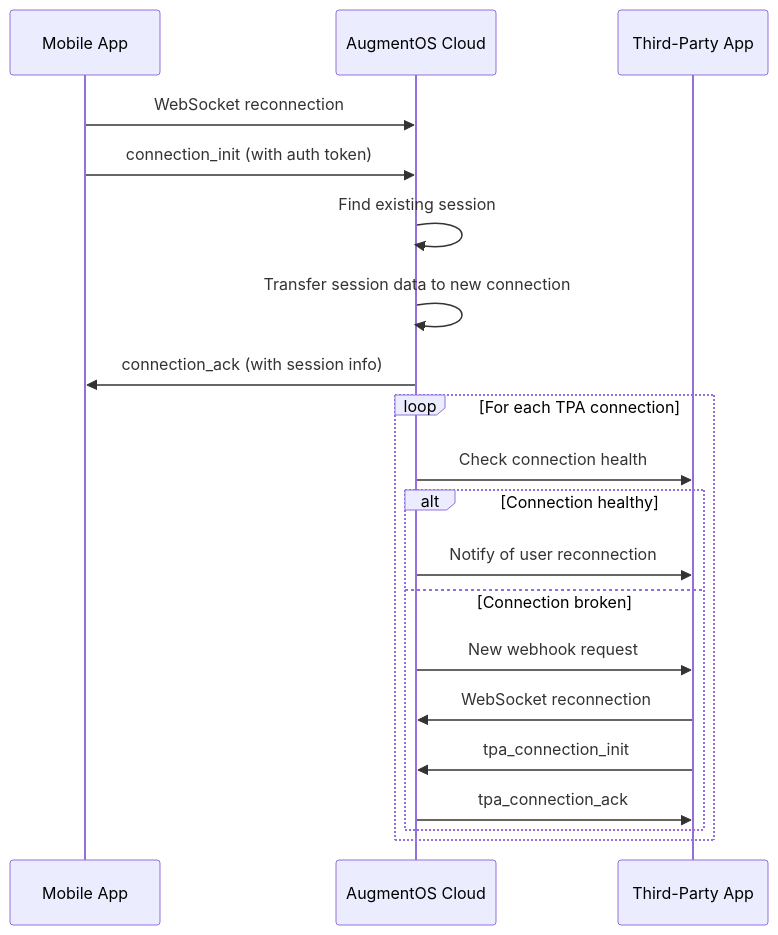
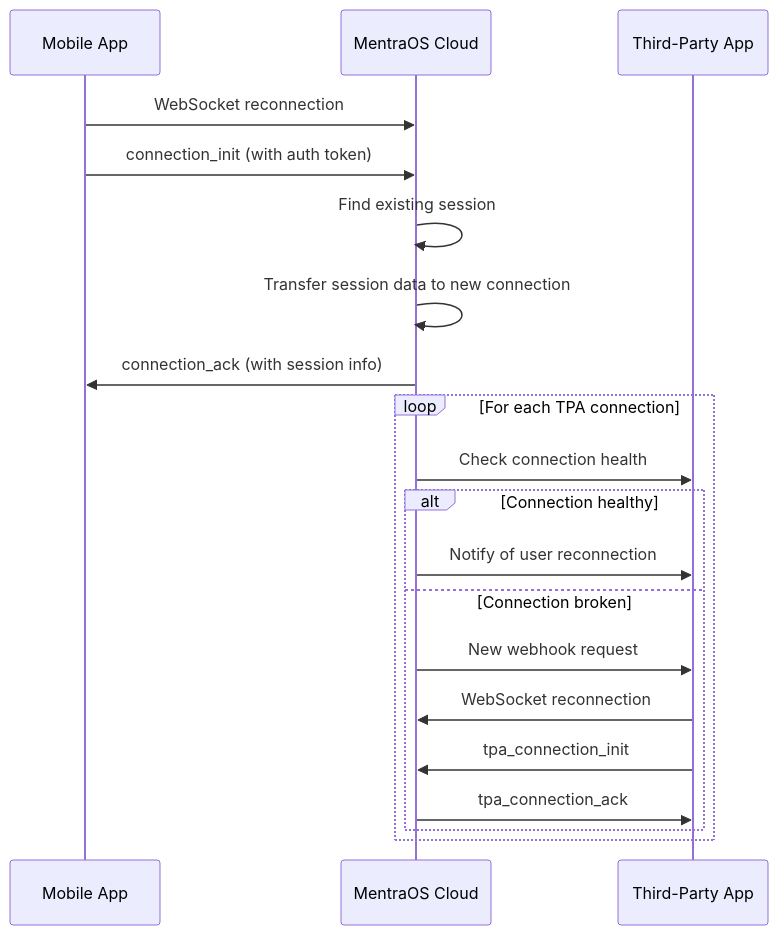
Before and after one commit to ebowwa/MentraOS: the third of 4 diagrams in augmentos_cloud/docs/1. SYSTEM-ARCHITECTURE.md, drawn with Mermaid. The commit also changed other lines of this file and 200 other files, not shown here.

````diff
--- a/augmentos_cloud/docs/1. SYSTEM-ARCHITECTURE.md
+++ b/augmentos_cloud/docs/1. SYSTEM-ARCHITECTURE.md
@@ -185,24 +185,24 @@
 ```mermaid
 sequenceDiagram
     participant Phone as Mobile App
-    participant Cloud as AugmentOS Cloud
+    participant Cloud as MentraOS Cloud
     participant TPA as Third-Party App
-    
+
     Phone->>Cloud: WebSocket reconnection
     Phone->>Cloud: connection_init (with auth token)
     Cloud->>Cloud: Find existing session
     Cloud->>Cloud: Transfer session data to new connection
     Cloud->>Phone: connection_ack (with session info)
-    
+
     loop For each TPA connection
         Cloud->>TPA: Check connection health
         alt Connection healthy
             Cloud->>TPA: Notify of user reconnection
         else Connection broken
             Cloud->>TPA: New webhook request
             TPA->>Cloud: WebSocket reconnection
             TPA->>Cloud: tpa_connection_init
             Cloud->>TPA: tpa_connection_ack
         end
     end
 ```
````
